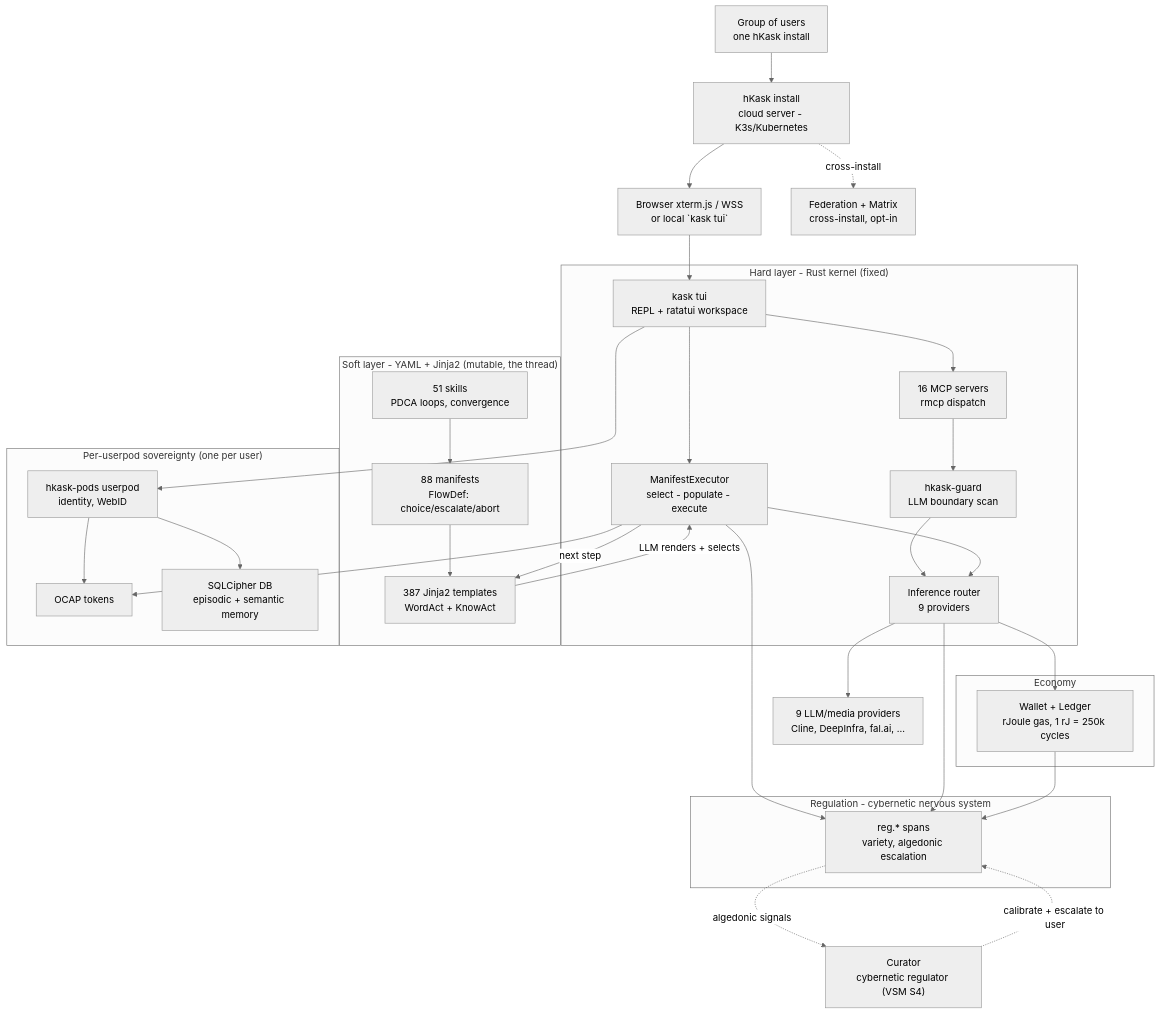
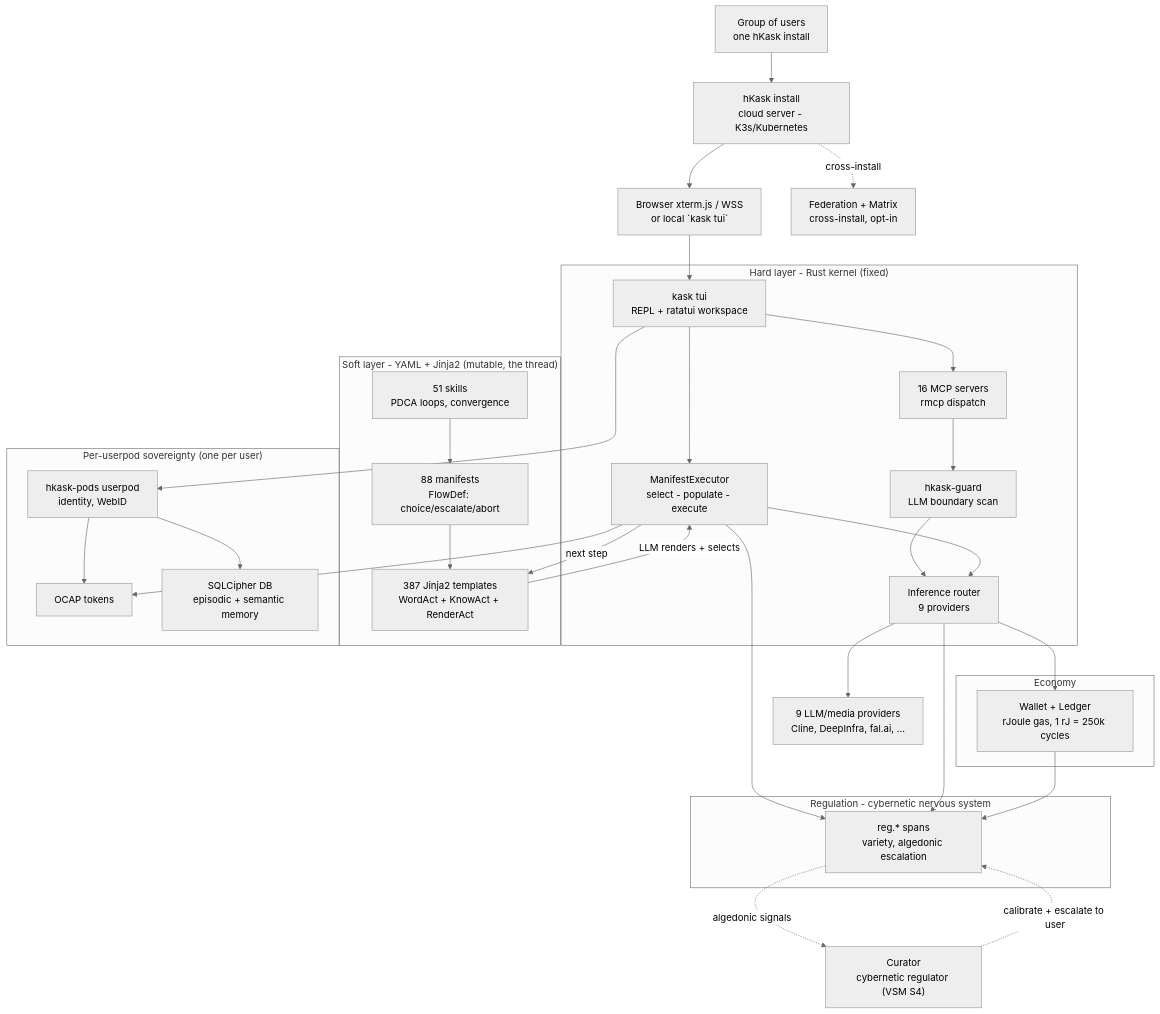
One commit to mdz-axo/hKask changed the diagram in README.md. Above: the diagram before and after it, drawn with Mermaid (neutral theme). The commit also changed other lines of this file and 1 other file, not shown here.

First line of the commit message:
Document RenderAct template type

````diff
--- a/README.md
+++ b/README.md
@@ -66,67 +66,67 @@
 ```mermaid
 flowchart TD
     Group["Group of users<br/>one hKask install"]
     Install["hKask install<br/>cloud server - K3s/Kubernetes"]
     Surface["Browser xterm.js / WSS<br/>or local `kask tui`"]
 
     Group --> Install
     Install --> Surface
 
     subgraph Hard["Hard layer - Rust kernel (fixed)"]
         Tui["kask tui<br/>REPL + ratatui workspace"]
         Executor["ManifestExecutor<br/>select - populate - execute"]
         Mcp["16 MCP servers<br/>rmcp dispatch"]
         Guard["hkask-guard<br/>LLM boundary scan"]
         Router["Inference router<br/>9 providers"]
     end
 
     subgraph Soft["Soft layer - YAML + Jinja2 (mutable, the thread)"]
         Manifests["88 manifests<br/>FlowDef: choice/escalate/abort"]
-        Templates["387 Jinja2 templates<br/>WordAct + KnowAct"]
+        Templates["387 Jinja2 templates<br/>WordAct + KnowAct + RenderAct"]
         Skills["51 skills<br/>PDCA loops, convergence"]
     end
 
     Surface --> Tui
     Tui --> Executor
     Skills --> Manifests
     Manifests --> Templates
     Templates -->|"LLM renders + selects"| Executor
     Executor -->|"next step"| Templates
     Tui --> Mcp
     Mcp --> Guard
     Guard --> Router
     Executor --> Router
     Router --> Providers["9 LLM/media providers<br/>Cline, DeepInfra, fal.ai, ..."]
 
     subgraph PerUser["Per-userpod sovereignty (one per user)"]
         Pod["hkask-pods userpod<br/>identity, WebID"]
         Ocap["OCAP tokens"]
         Storage["SQLCipher DB<br/>episodic + semantic memory"]
     end
 
     Tui --> Pod
     Pod --> Storage
     Executor --> Ocap
     Pod --> Ocap
 
     subgraph CNS["Regulation - cybernetic nervous system"]
         Regulation["reg.* spans<br/>variety, algedonic escalation"]
     end
 
     Executor --> Regulation
     Router --> Regulation
 
     subgraph Economy["Economy"]
         Wallet["Wallet + Ledger<br/>rJoule gas, 1 rJ = 250k cycles"]
     end
 
     Router --> Wallet
     Wallet --> Regulation
 
     Federation["Federation + Matrix<br/>cross-install, opt-in"]
     Install -. cross-install .-> Federation
 
     Curator["Curator<br/>cybernetic regulator (VSM S4)"]
     Regulation -. algedonic signals .-> Curator
     Curator -. calibrate + escalate to user .-> Regulation
 ```
````
